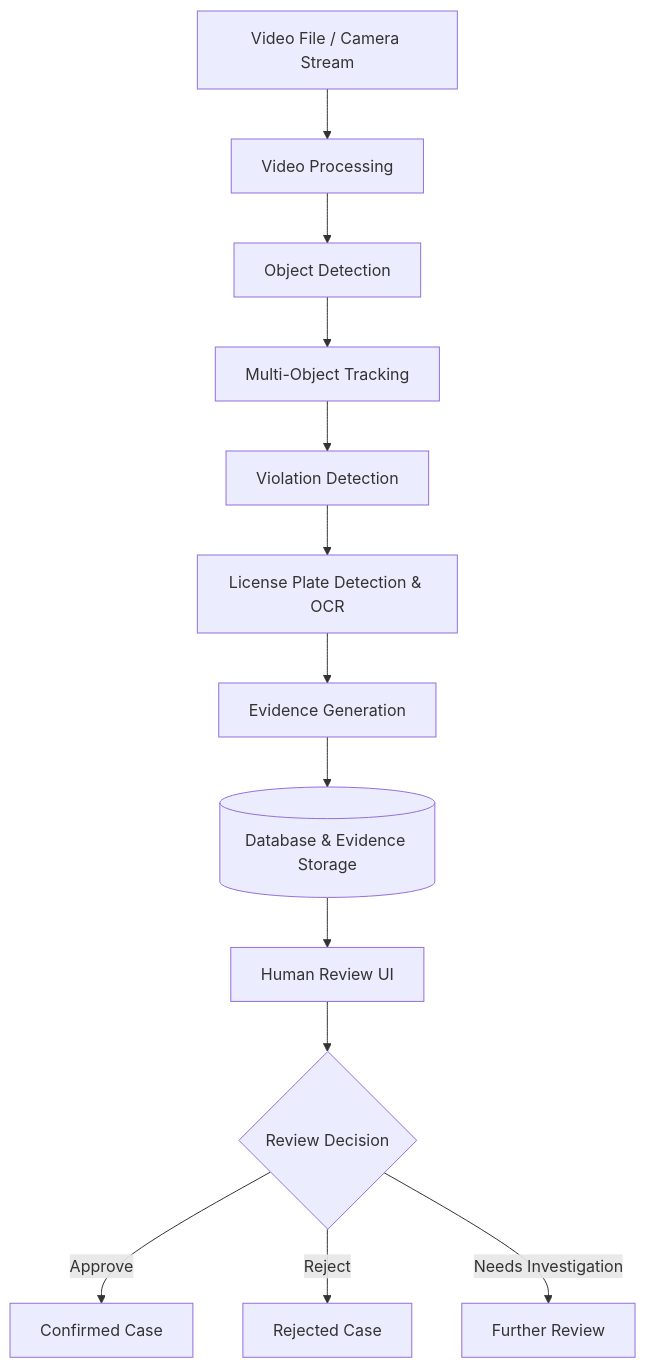
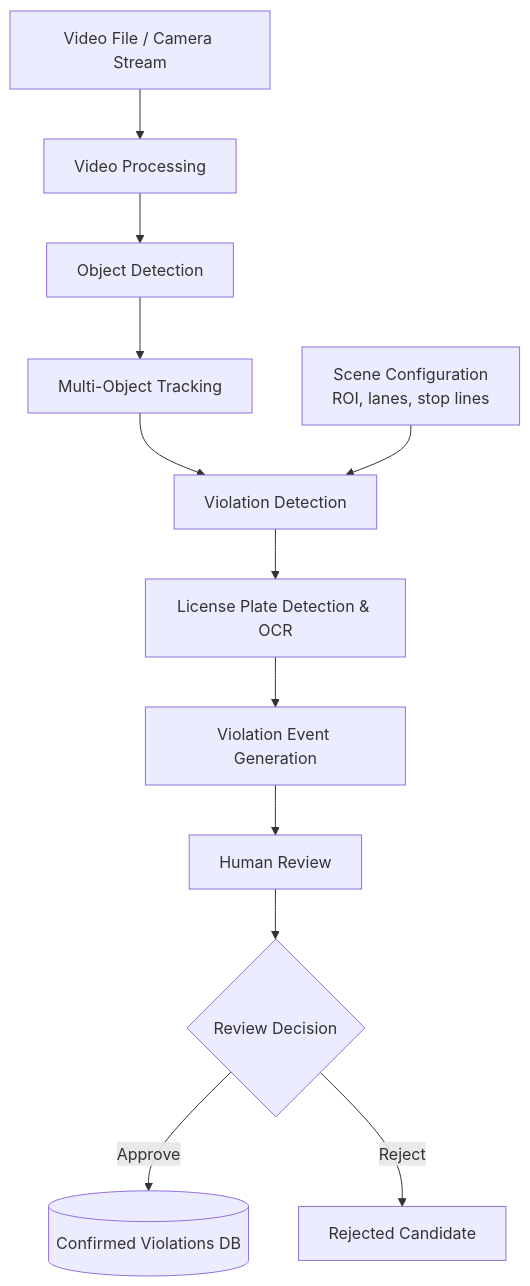
One commit to VuSnow/traffic-violation-detection-system changed the diagram in README.md. Above: the diagram before and after it, drawn with Mermaid. The commit also changed other lines of this file, not shown here.

````diff
--- a/README.md
+++ b/README.md
@@ -21,15 +23,14 @@
 ```mermaid
 flowchart TD
     A[Video File / Camera Stream] --> B[Video Processing]
     B --> C[Object Detection]
     C --> D[Multi-Object Tracking]
     D --> E[Violation Detection]
+    S[Scene Configuration<br/>ROI, lanes, stop lines] --> E
     E --> F[License Plate Detection & OCR]
-    F --> G[Evidence Generation]
-    G --> H[(Database & Evidence Storage)]
-    H --> I[Human Review UI]
+    F --> G[Violation Event Generation]
+    G --> I[Human Review]
     I --> J{Review Decision}
-    J -->|Approve| K[Confirmed Case]
-    J -->|Reject| L[Rejected Case]
-    J -->|Needs Investigation| M[Further Review]
+    J -->|Approve| K[(Confirmed Violations DB)]
+    J -->|Reject| L[Rejected Candidate]
 ```
````
